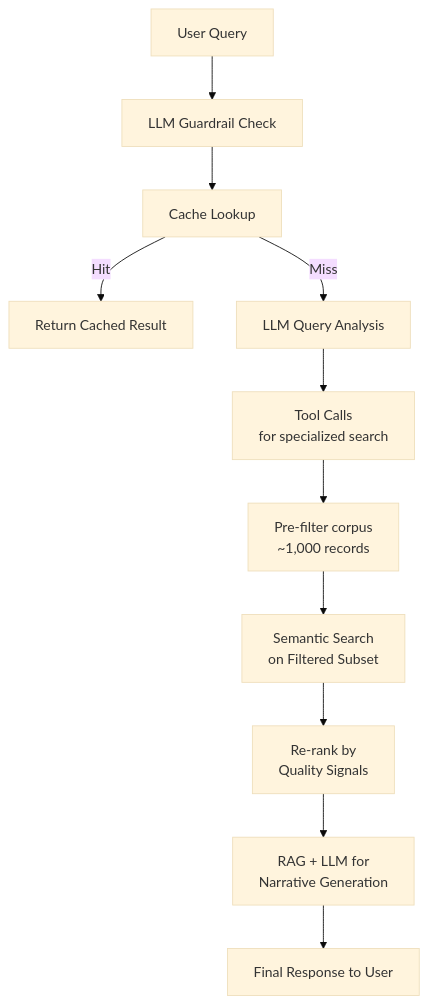
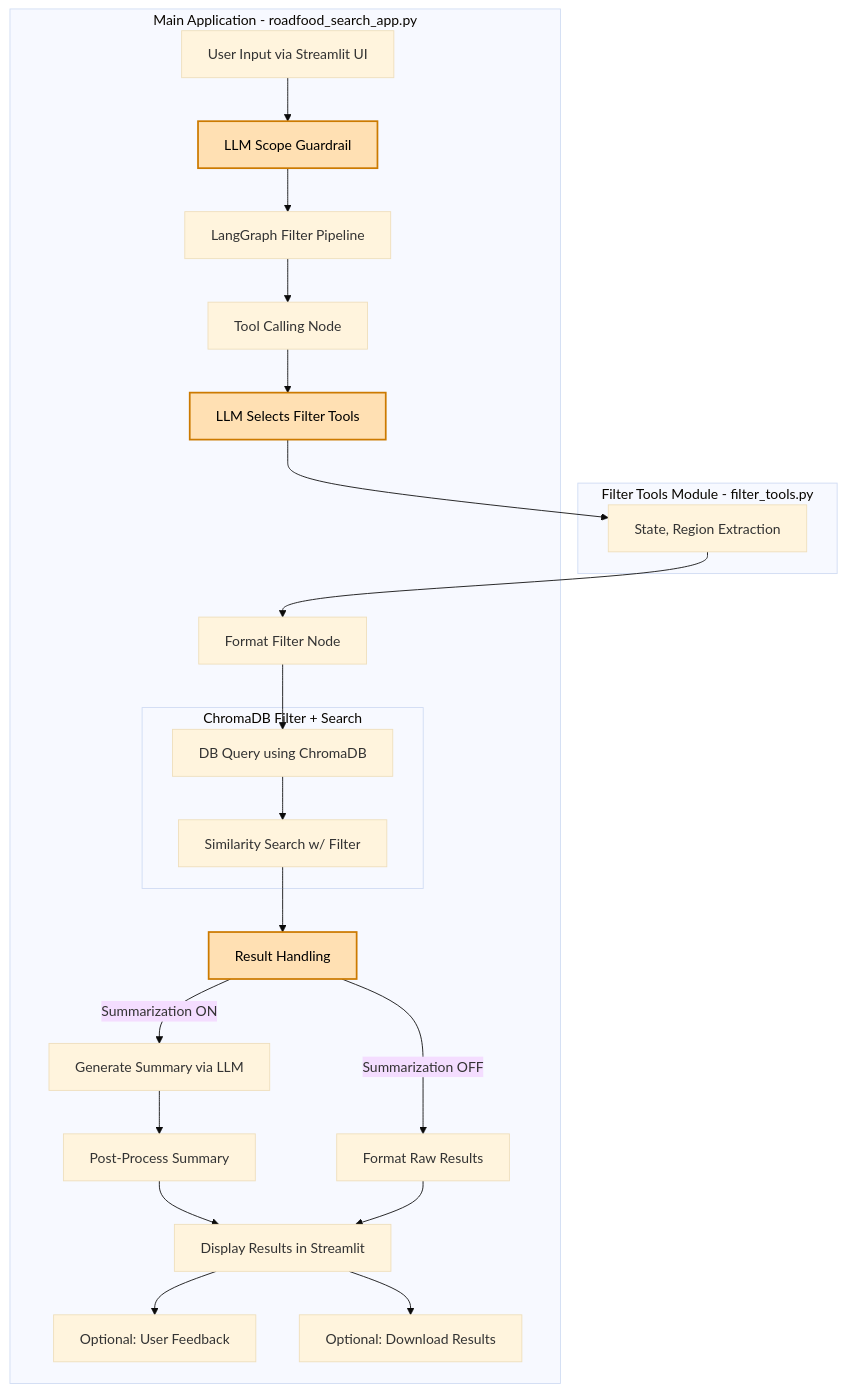
Before and after one commit to roadfoodr/rfadvisr: the diagram in README.md, drawn with Mermaid (base theme). The commit also changed other lines of this file and 3 other files, not shown here.

````diff
--- a/README.md
+++ b/README.md
@@ -33,13 +31,49 @@
 ```mermaid
 graph TD
-  A[User Query] --> B[LLM Guardrail Check]
-  B --> C[Cache Lookup]
-  C -->|Hit| Z[Return Cached Result]
-  C -->|Miss| D[LLM Query Analysis]
-  D --> E[Tool Calls<br>for specialized search]
-  E --> F[Pre-filter corpus<br>~1,000 records]
-  F --> G[Semantic Search<br>on Filtered Subset]
-  G --> H[Re-rank by<br>Quality Signals]
-  H --> I[RAG + LLM for<br>Narrative Generation]
-  I --> J[Final Response to User]
-```
+    A[User Input via Streamlit UI] --> B[LLM Scope Guardrail];
+    B --> C[LangGraph Filter Pipeline];
+    C --> D[Tool Calling Node];
+    D --> E[LLM Selects Filter Tools];
+    E --> F[State, Region Extraction];
+    F --> G[Format Filter Node];
+    G --> H[DB Query using ChromaDB];
+    H --> I[Similarity Search w/ Filter];
+    I --> J[Result Handling];
+    J -- Summarization ON --> K[Generate Summary via LLM];
+    J -- Summarization OFF --> L[Format Raw Results];
+    K --> M[Post-Process Summary];
+    M --> N[Display Results in Streamlit];
+    L --> N;
+    N --> O[Optional: User Feedback];
+    N --> P[Optional: Download Results];
+
+    subgraph "Filter Tools Module - filter_tools.py"
+        F
+    end
+
+    subgraph "Main Application - roadfood_search_app.py"
+        A
+        B
+        C
+        D
+        E
+        G
+        subgraph "ChromaDB Filter + Search"
+            H
+            I
+        end
+        J
+        K
+        L
+        M
+        N
+        O
+        P
+    end
+
+
+classDef llm fill:#ffe0b3,stroke:#cc7a00,stroke-width:2px,color:#000;
+class B,E,J llm;
+
+
+``` 
````
